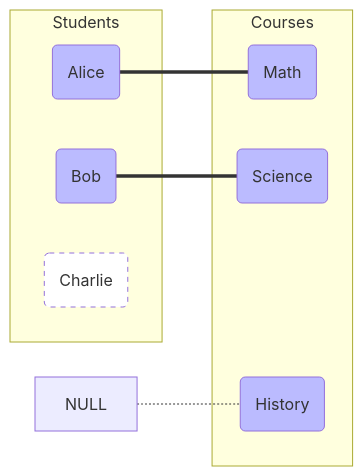
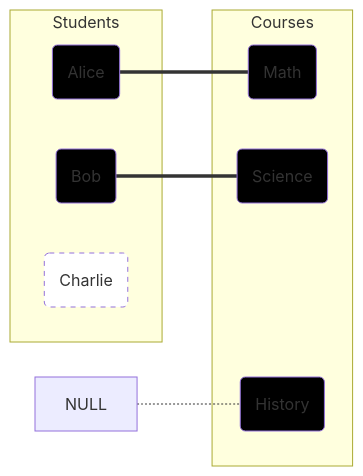
One commit to bvvivek6/PLACEMENT-REVISION changed the third of 4 diagrams in DBMS/06-sql-intermediate.md. Above: the diagram before and after it, drawn with Mermaid. The commit also changed other lines of this file, not shown here.

````diff
--- a/DBMS/06-sql-intermediate.md
+++ b/DBMS/06-sql-intermediate.md
@@ -119,22 +119,22 @@
 ```mermaid
 graph LR
     subgraph Students
     S1(Alice)
     S2(Bob)
     S3(Charlie)
     end
     subgraph Courses
     C1(Math)
     C2(Science)
     C3(History)
     end
     S1 === C1
     S2 === C2
     NULL -.- C3
-    style S1 fill:#bbf
-    style S2 fill:#bbf
-    style C1 fill:#bbf
-    style C2 fill:#bbf
-    style C3 fill:#bbf
+    style S1 fill:#000
+    style S2 fill:#000
+    style C1 fill:#000
+    style C2 fill:#000
+    style C3 fill:#000
     style S3 fill:#fff,stroke-dasharray: 5 5
 ```
````
